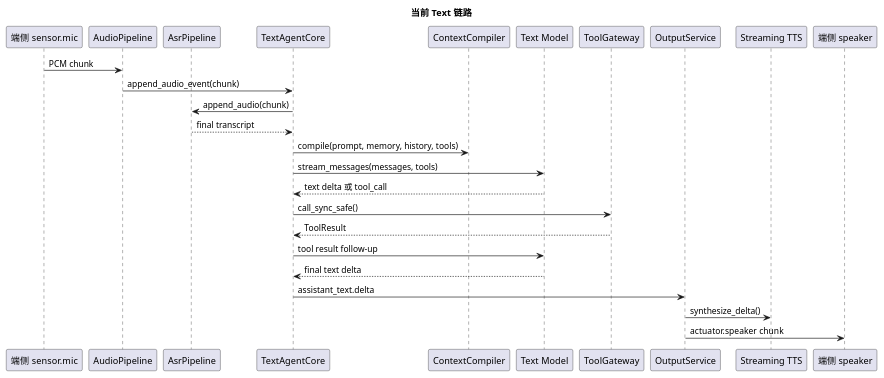
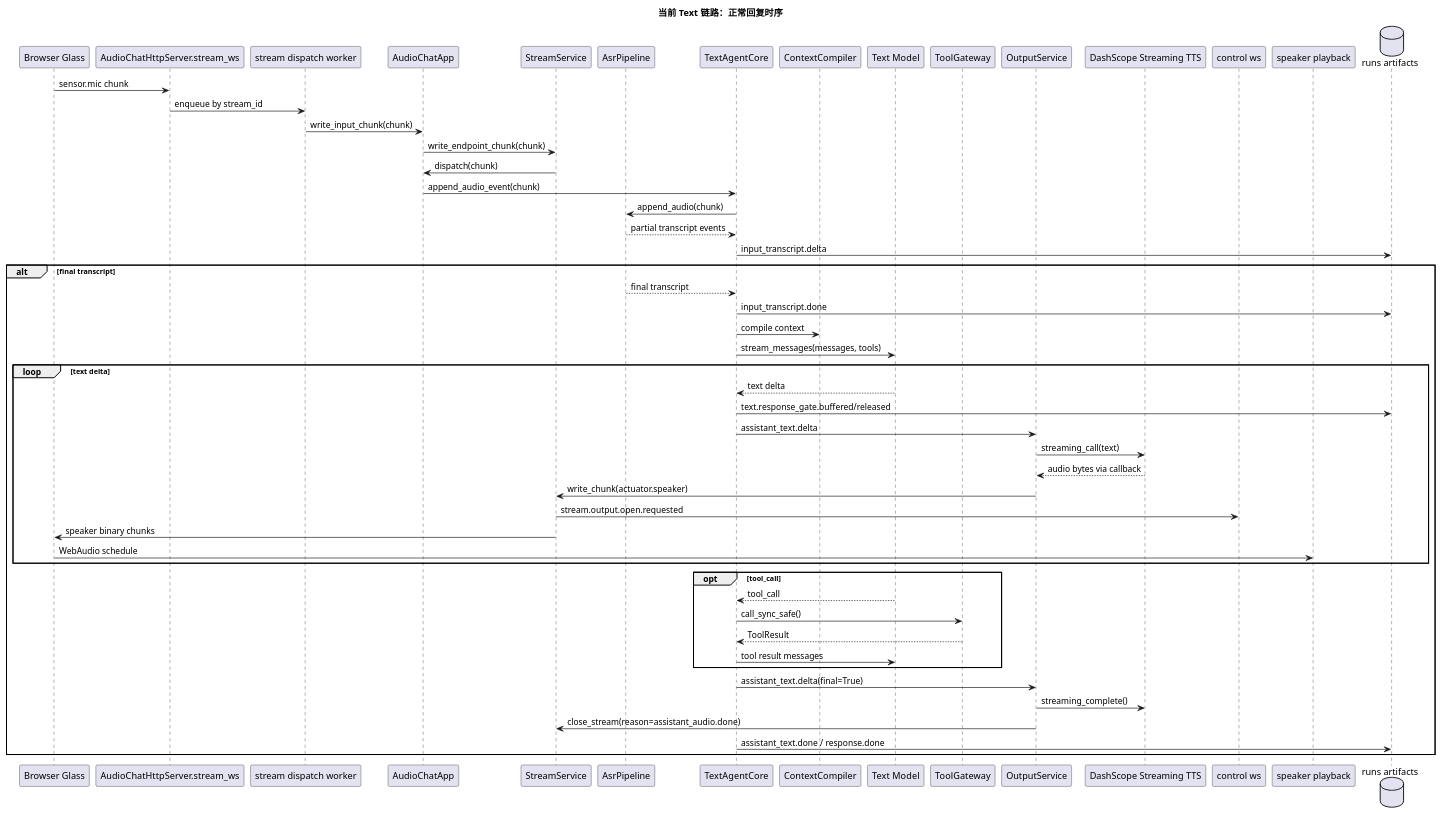
Before and after one commit to HengeLiu/RealtimeAgent: the first of 7 diagrams in audio-server/docs/internal/text-realtime-pipeline-design.md, drawn with PlantUML. The commit also changed other lines of this file and 38 other files, not shown here.

````diff
--- a/audio-server/docs/internal/text-realtime-pipeline-design.md
+++ b/audio-server/docs/internal/text-realtime-pipeline-design.md
@@ -108,31 +112,58 @@
 ```plantuml
 @startuml
-title 当前 Text 链路
+title 当前 Text 链路：正常回复时序
 
-participant "端侧 sensor.mic" as Mic
-participant "AudioPipeline" as Audio
+participant "Browser Glass" as Browser
+participant "AudioChatHttpServer.stream_ws" as StreamWS
+participant "stream dispatch worker" as Worker
+participant "AudioChatApp" as App
+participant "StreamService" as Stream
 participant "AsrPipeline" as ASR
 participant "TextAgentCore" as Text
 participant "ContextCompiler" as Ctx
 participant "Text Model" as LLM
 participant "ToolGateway" as Tool
 participant "OutputService" as Out
-participant "Streaming TTS" as TTS
-participant "端侧 speaker" as Speaker
+participant "DashScope Streaming TTS" as TTS
+participant "control ws" as ControlWS
+participant "speaker playback" as Speaker
+database "runs artifacts" as Runs
 
-Mic -> Audio: PCM chunk
-Audio -> Text: append_audio_event(chunk)
+Browser -> StreamWS: sensor.mic chunk
+StreamWS -> Worker: enqueue by stream_id
+Worker -> App: write_input_chunk(chunk)
+App -> Stream: write_endpoint_chunk(chunk)
+Stream -> App: dispatch(chunk)
+App -> Text: append_audio_event(chunk)
 Text -> ASR: append_audio(chunk)
-ASR --> Text: final transcript
-Text -> Ctx: compile(prompt, memory, history, tools)
-Text -> LLM: stream_messages(messages, tools)
-LLM --> Text: text delta 或 tool_call
-Text -> Tool: call_sync_safe()
-Tool --> Text: ToolResult
-Text -> LLM: tool result follow-up
-LLM --> Text: final text delta
-Text -> Out: assistant_text.delta
-Out -> TTS: synthesize_delta()
-Out -> Speaker: actuator.speaker chunk
+ASR --> Text: partial transcript events
+Text -> Runs: input_transcript.delta
+alt final transcript
+  ASR --> Text: final transcript
+  Text -> Runs: input_transcript.done
+  Text -> Ctx: compile context
+  Text -> LLM: stream_messages(messages, tools)
+  loop text delta
+    LLM --> Text: text delta
+    Text -> Runs: text.response_gate.buffered/released
+    Text -> Out: assistant_text.delta
+    Out -> TTS: streaming_call(text)
+    TTS --> Out: audio bytes via callback
+    Out -> Stream: write_chunk(actuator.speaker)
+    Stream -> ControlWS: stream.output.open.requested
+    Stream -> Browser: speaker binary chunks
+    Browser -> Speaker: WebAudio schedule
+  end
+  opt tool_call
+    LLM --> Text: tool_call
+    Text -> Tool: call_sync_safe()
+    Tool --> Text: ToolResult
+    Text -> LLM: tool result messages
+  end
+  Text -> Out: assistant_text.delta(final=True)
+  Out -> TTS: streaming_complete()
+  Out -> Stream: close_stream(reason=assistant_audio.done)
+  Text -> Runs: assistant_text.done / response.done
+end
 @enduml
 ```
````
